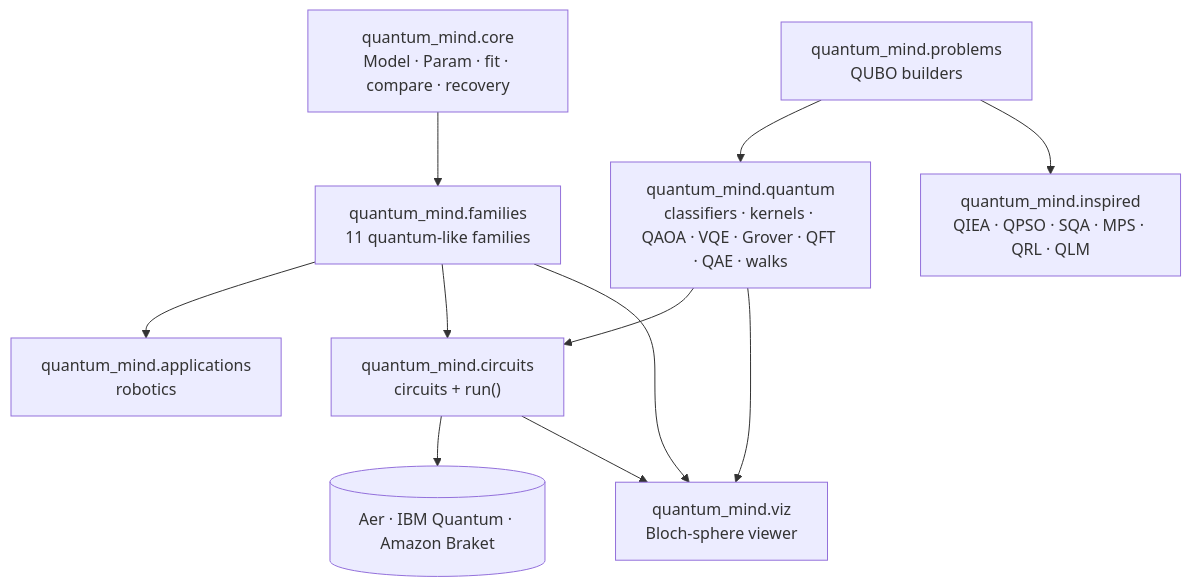
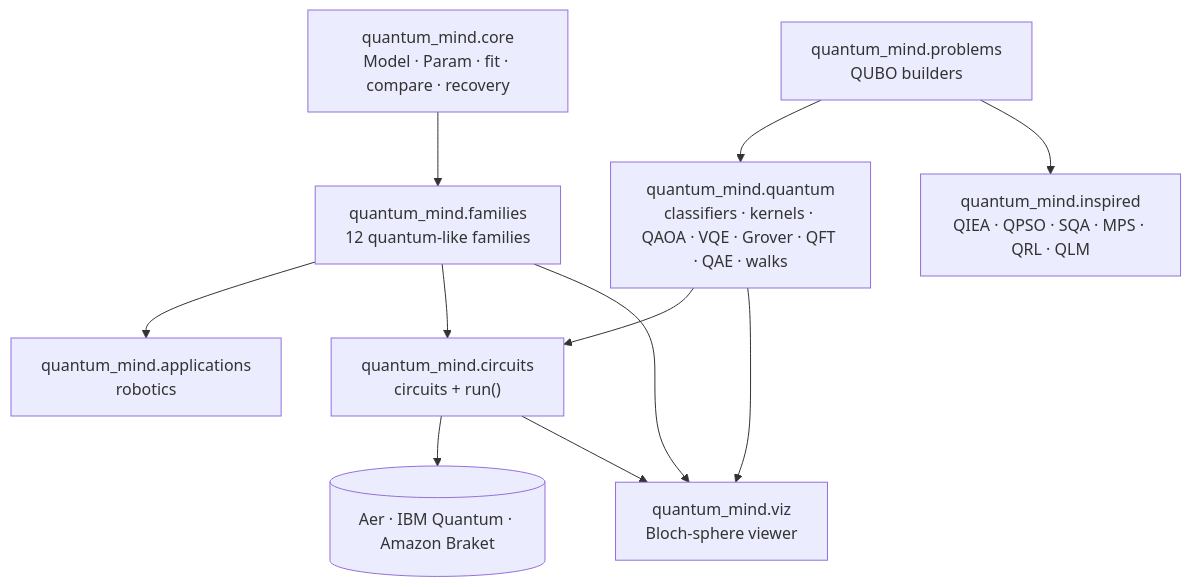
The diagram in docs/user_guide/index.md (yeshwanthguru/Quantum-mind), drawn with Mermaid before and after one commit. The commit also changed other lines of this file and 128 other files, not shown here.

````diff
--- a/docs/user_guide/index.md
+++ b/docs/user_guide/index.md
@@ -6,21 +6,21 @@
 ```{mermaid}
 flowchart TB
     core["quantum_mind.core<br/>Model · Param · fit · compare · recovery"]
-    fam["quantum_mind.families<br/>11 quantum-like families"]
+    fam["quantum_mind.families<br/>12 quantum-like families"]
     app["quantum_mind.applications<br/>robotics"]
     prob["quantum_mind.problems<br/>QUBO builders"]
     qm["quantum_mind.quantum<br/>classifiers · kernels · QAOA · VQE · Grover · QFT · QAE · walks"]
     ins["quantum_mind.inspired<br/>QIEA · QPSO · SQA · MPS · QRL · QLM"]
     circ["quantum_mind.circuits<br/>circuits + run()"]
     viz["quantum_mind.viz<br/>Bloch-sphere viewer"]
     hw[("Aer · IBM Quantum · Amazon Braket")]
     core --> fam --> app
     fam --> circ
     prob --> qm
     prob --> ins
     qm --> circ
     circ --> hw
     fam --> viz
     qm --> viz
     circ --> viz
 ```
````
